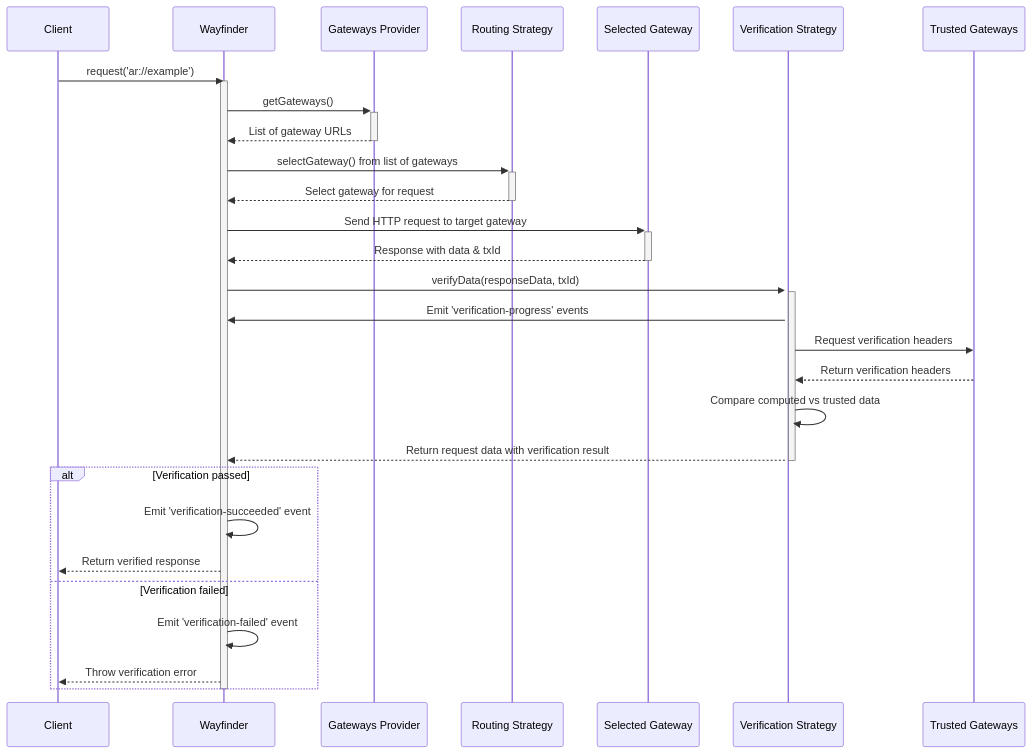
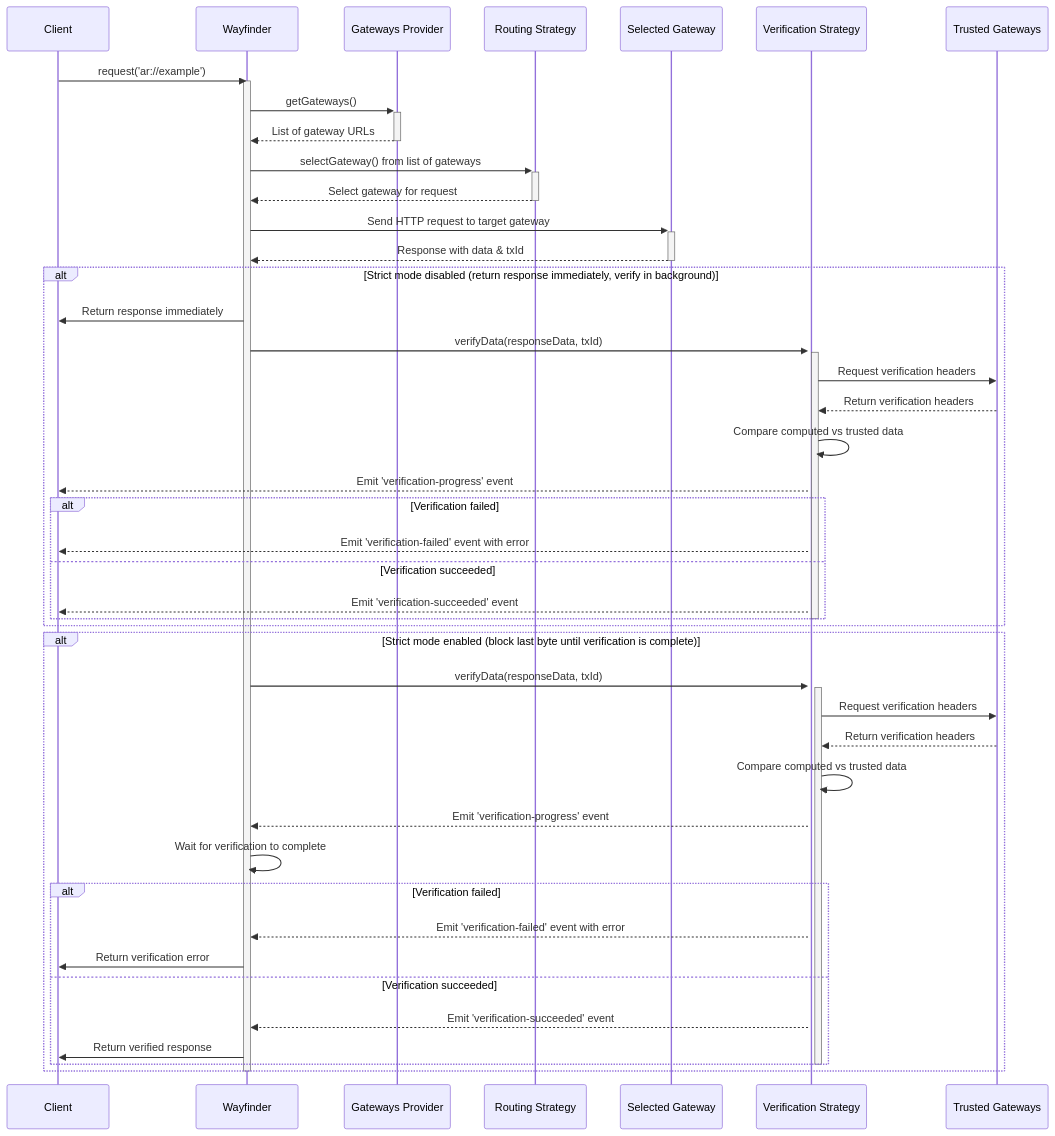
One commit to ar-io/ar-io-sdk changed the diagram in WAYFINDER.md. Above: the diagram before and after it, drawn with Mermaid. The commit also changed other lines of this file and 2 other files, not shown here.

Commit message:
fix(wayfinder): use native fetch http client for allr requests,
Some notes:
- fetch is native in both node and browser, by all major clients
- handling ReadableStreams exclusively is easier than checking the type of responses returned by http clients, and reduces edge cases for issues
- ReadableStreams are generally easy to work with when adding event flows and notifications, as you have finer grain control of data flowing

This is technically a breaking change, but since we are in beta and fetch is used by default, those using it with custom clients will have to fix.

````diff
--- a/WAYFINDER.md
+++ b/WAYFINDER.md
@@ -343,40 +346,61 @@
 ```mermaid
 sequenceDiagram
     participant Client
     participant Wayfinder
     participant Gateways Provider
     participant Routing Strategy
     participant Selected Gateway
     participant Verification Strategy
     participant Trusted Gateways
 
     Client->>Wayfinder: request('ar://example')
     activate Wayfinder
 
     Wayfinder->>+Gateways Provider: getGateways()
     Gateways Provider-->>-Wayfinder: List of gateway URLs
 
     Wayfinder->>+Routing Strategy: selectGateway() from list of gateways
     Routing Strategy-->>-Wayfinder: Select gateway for request
 
     Wayfinder->>+Selected Gateway: Send HTTP request to target gateway
     Selected Gateway-->>-Wayfinder: Response with data & txId
 
-    activate Verification Strategy
-    Wayfinder->>+Verification Strategy: verifyData(responseData, txId)
-    Verification Strategy->>Wayfinder: Emit 'verification-progress' events
-    Verification Strategy->>Trusted Gateways: Request verification headers
-    Trusted Gateways-->>Verification Strategy: Return verification headers
-    Verification Strategy->>Verification Strategy: Compare computed vs trusted data
-    Verification Strategy-->>-Wayfinder: Return request data with verification result
 
-    alt Verification passed
-        Wayfinder->>Wayfinder: Emit 'verification-succeeded' event
-        Wayfinder-->>Client: Return verified response
-    else Verification failed
-        Wayfinder->>Wayfinder: Emit 'verification-failed' event
-        Wayfinder-->>Client: Throw verification error
+
+    alt Strict mode disabled (return response immediately, verify in background)
+        Wayfinder->>Client: Return response immediately
+        activate Verification Strategy
+        Wayfinder->>+Verification Strategy: verifyData(responseData, txId)
+        Verification Strategy->>Trusted Gateways: Request verification headers
+        Trusted Gateways-->>Verification Strategy: Return verification headers
+        Verification Strategy->>Verification Strategy: Compare computed vs trusted data
+        Verification Strategy-->>Client: Emit 'verification-progress' event
+        alt Verification failed
+            Verification Strategy-->>Client: Emit 'verification-failed' event with error
+        else Verification succeeded
+            Verification Strategy-->>Client: Emit 'verification-succeeded' event
+        end
+        deactivate Verification Strategy
     end
+
+    alt Strict mode enabled (block last byte until verification is complete)
+        Wayfinder->>+Verification Strategy: verifyData(responseData, txId)
+        activate Verification Strategy
+        Verification Strategy->>Trusted Gateways: Request verification headers
+        Trusted Gateways-->>Verification Strategy: Return verification headers
+        Verification Strategy->>Verification Strategy: Compare computed vs trusted data
+        Verification Strategy-->>Wayfinder: Emit 'verification-progress' event
+        Wayfinder->>Wayfinder: Wait for verification to complete
+        alt Verification failed
+            Verification Strategy-->>Wayfinder: Emit 'verification-failed' event with error
+            Wayfinder->>Client: Return verification error
+        else Verification succeeded
+            Verification Strategy-->>Wayfinder: Emit 'verification-succeeded' event
+            Wayfinder->>Client: Return verified response
+        end
+        deactivate Verification Strategy
+      end
+
 
     deactivate Wayfinder
 ```
````
